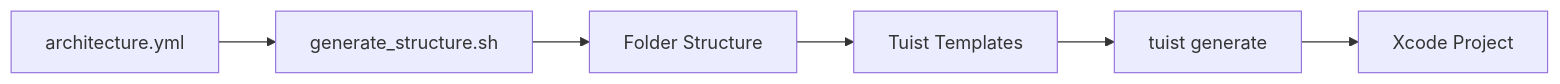
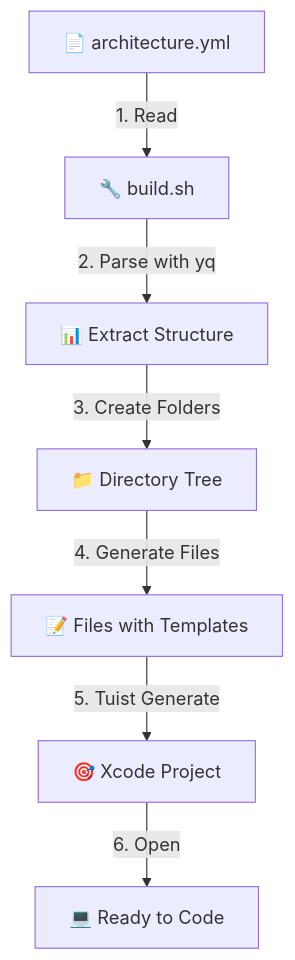
The diagram in README.md (raysdl9012/Skeleton-SwiftUI-2025), drawn with Mermaid before and after one commit. The commit also changed other lines of this file and 3 other files, not shown here.

````diff
--- a/README.md
+++ b/README.md
@@ -301,8 +583,9 @@
 ```mermaid
-graph LR
-    A[architecture.yml] --> B[generate_structure.sh]
-    B --> C[Folder Structure]
-    C --> D[Tuist Templates]
-    D --> E[tuist generate]
-    E --> F[Xcode Project]
+graph TD
+    A[📄 architecture.yml] -->|1. Read| B[🔧 build.sh]
+    B -->|2. Parse with yq| C[📊 Extract Structure]
+    C -->|3. Create Folders| D[📁 Directory Tree]
+    D -->|4. Generate Files| E[📝 Files with Templates]
+    E -->|5. Tuist Generate| F[🎯 Xcode Project]
+    F -->|6. Open| G[💻 Ready to Code]
 ```
````
